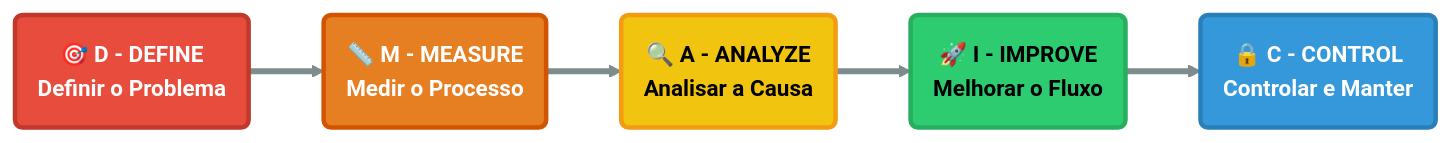
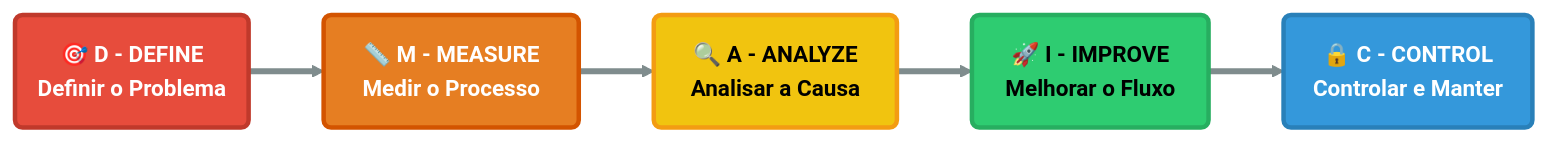
Before and after one commit to rafasfer2/MiningAnalyticsBook: the fifth of 11 diagrams in chapters/cap2-modelos-gestao.qmd, drawn with Mermaid. The commit also changed other lines of this file and 2 other files, not shown here.

Commit message:
Cap2: atualizar MASP/PDCA e incluir exercicio de retrabalho

````diff
--- a/chapters/cap2-modelos-gestao.qmd
+++ b/chapters/cap2-modelos-gestao.qmd
@@ -494,30 +578,33 @@
 ```{mermaid}
+%%| label: fig-ciclo-dmaic
+%%| fig-cap: "Ciclo DMAIC: Roteiro Estruturado de Melhoria Contínua"
+
 flowchart LR
-
     %% --- CONFIGURAÇÃO DE ESTILOS (Letras grandes e contraste ajustado) ---
     classDef defStyle fill:#e74c3c,stroke:#c0392b,stroke-width:3px,color:#ffffff,font-size:15px,font-weight:bold
     classDef meaStyle fill:#e67e22,stroke:#d35400,stroke-width:3px,color:#ffffff,font-size:15px,font-weight:bold
     classDef anaStyle fill:#f1c40f,stroke:#f39c12,stroke-width:3px,color:#000000,font-size:15px,font-weight:bold
     classDef impStyle fill:#2ecc71,stroke:#27ae60,stroke-width:3px,color:#000000,font-size:15px,font-weight:bold
     classDef ctrStyle fill:#3498db,stroke:#2980b9,stroke-width:3px,color:#ffffff,font-size:15px,font-weight:bold
 
     %% --- ESTRUTURA DOS NÓS (Com a função de cada etapa) ---
-    D("🎯 D - DEFINE\nDefinir o Problema")
-    M("📏 M - MEASURE\nMedir o Processo")
-    A("🔍 A - ANALYZE\nAnalisar a Causa")
-    I("🚀 I - IMPROVE\nMelhorar o Fluxo")
-    C("🔒 C - CONTROL\nControlar e Manter")
+    %% Uso de &nbsp; força a caixa a ficar mais larga e <br> garante o corte em apenas 2 linhas
+    D("&nbsp;&nbsp;&nbsp;🎯 D - DEFINE&nbsp;&nbsp;&nbsp;<br>Definir o Problema")
+    M("&nbsp;&nbsp;&nbsp;📏 M - MEASURE&nbsp;&nbsp;&nbsp;<br>Medir o Processo")
+    A("&nbsp;&nbsp;&nbsp;🔍 A - ANALYZE&nbsp;&nbsp;&nbsp;<br>Analisar a Causa")
+    I("&nbsp;&nbsp;&nbsp;🚀 I - IMPROVE&nbsp;&nbsp;&nbsp;<br>Melhorar o Fluxo")
+    C("&nbsp;&nbsp;&nbsp;🔒 C - CONTROL&nbsp;&nbsp;&nbsp;<br>Controlar e Manter")
 
     %% --- CONEXÕES (Fluxo do Roteiro) ---
     D ==> M ==> A ==> I ==> C
 
     %% Engrossando a linha de avanço
     linkStyle default stroke:#7f8c8d,stroke-width:4px
 
     %% --- APLICAÇÃO DOS ESTILOS ---
     class D defStyle;
     class M meaStyle;
     class A anaStyle;
     class I impStyle;
     class C ctrStyle;
 ```
````
